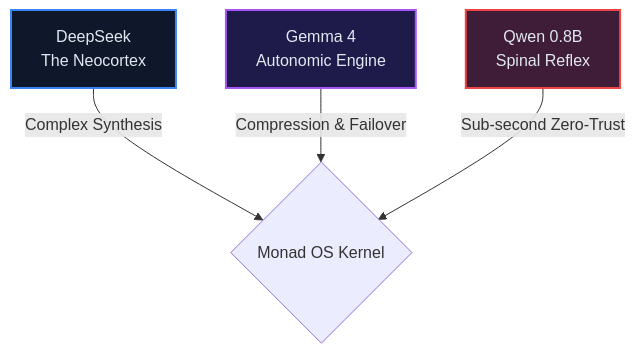
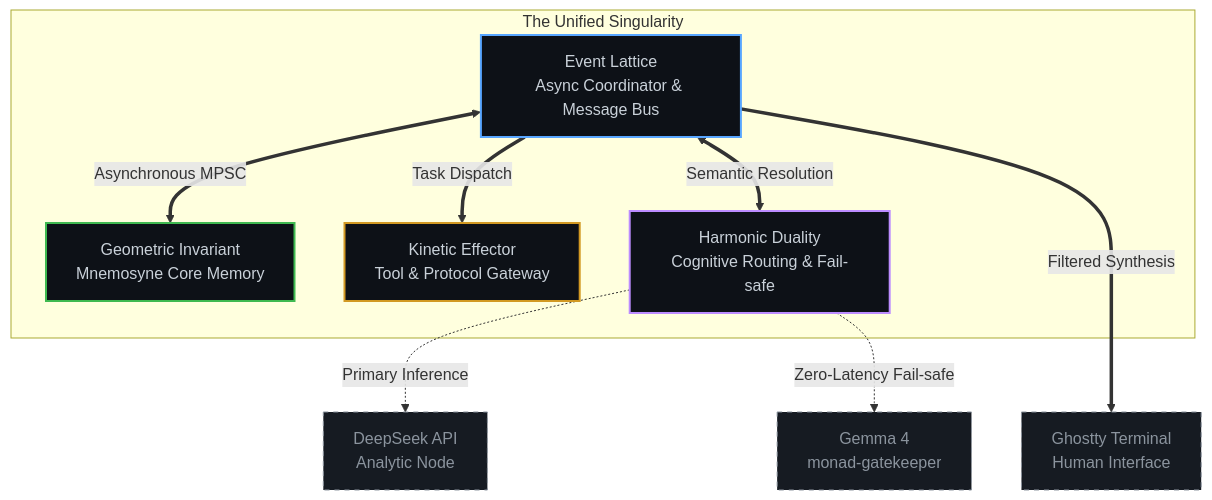
The first of 2 diagrams in README.md (HindsightWise/chimera_kernel), drawn with Mermaid before and after one commit. The commit also changed other lines of this file and 138 other files, not shown here.

Commit message:
chore: absolute workspace parity sync (architecture docs & cleanup)

````diff
--- a/README.md
+++ b/README.md
@@ -81,10 +21,30 @@
 ```mermaid
 graph TD
-    A[DeepSeek <br/> The Neocortex]:::cloud -->|Complex Synthesis| B{Monad OS Kernel}
-    C[Gemma 4 <br/> Autonomic Engine]:::local -->|Compression & Failover| B
-    D[Qwen 0.8B <br/> Spinal Reflex]:::micro -->|Sub-second Zero-Trust| B
-    
-    classDef cloud fill:#0f172a,stroke:#3b82f6,stroke-width:2px,color:#e2e8f0;
-    classDef local fill:#1e1b4b,stroke:#a855f7,stroke-width:2px,color:#e2e8f0;
-    classDef micro fill:#3f1d38,stroke:#ef4444,stroke-width:2px,color:#e2e8f0;
+    %% Styling definitions
+    classDef lattice fill:#0d1117,stroke:#58a6ff,stroke-width:2px,color:#c9d1d9;
+    classDef geometric fill:#0d1117,stroke:#3fb950,stroke-width:2px,color:#c9d1d9;
+    classDef kinetic fill:#0d1117,stroke:#d29922,stroke-width:2px,color:#c9d1d9;
+    classDef harmonic fill:#0d1117,stroke:#bc8cff,stroke-width:2px,color:#c9d1d9;
+    classDef external fill:#161b22,stroke:#8b949e,stroke-width:1px,stroke-dasharray: 5 5,color:#8b949e;
+
+    subgraph The Archē [The Unified Singularity]
+        EL[Event Lattice<br/>Async Coordinator & Message Bus]:::lattice
+        GI[Geometric Invariant<br/>Mnemosyne Core Memory]:::geometric
+        KE[Kinetic Effector<br/>Tool & Protocol Gateway]:::kinetic
+        HD[Harmonic Duality<br/>Cognitive Routing & Fail-safe]:::harmonic
+    end
+
+    Cloud[DeepSeek API<br/>Analytic Node]:::external
+    Local[Gemma 4<br/>monad-gatekeeper]:::external
+    Host[Ghostty Terminal<br/>Human Interface]:::external
+
+    %% Core Data Flow
+    EL <==>|Asynchronous MPSC| GI
+    EL ==>|Task Dispatch| KE
+    EL <==>|Semantic Resolution| HD
+
+    %% External Interface
+    HD -.->|Primary Inference| Cloud
+    HD -.->|Zero-Latency Fail-safe| Local
+    EL ===>|Filtered Synthesis| Host
 ```
````
